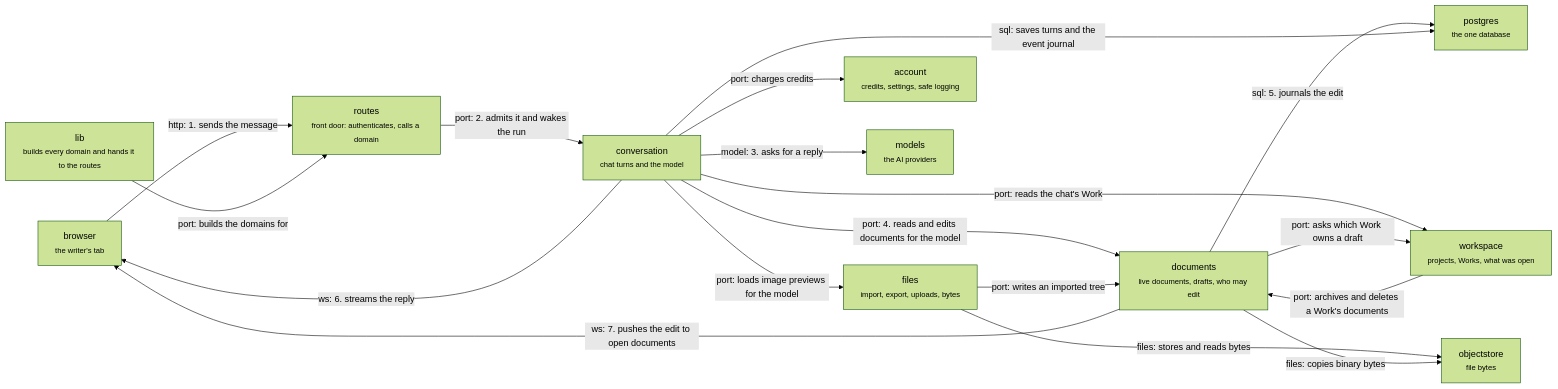
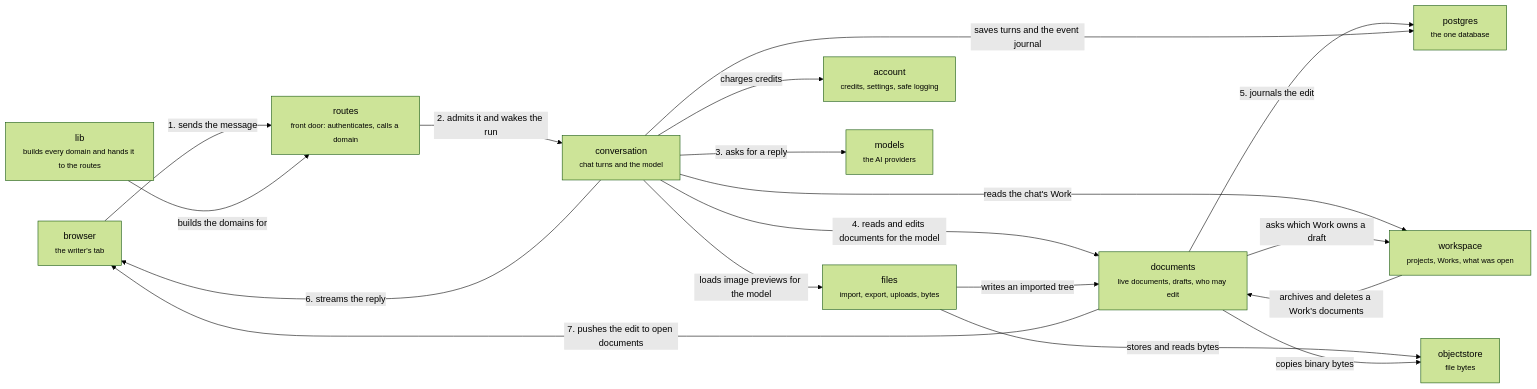
One commit to haowjy/meridian-flow changed the diagram in .context/system-architecture/server.md. Above: the diagram before and after it, drawn with Mermaid (forest theme). The commit also changed 13 other files, not shown here.

````diff
--- a/.context/system-architecture/server.md
+++ b/.context/system-architecture/server.md
@@ -12,31 +12,31 @@
 ```mermaid
 flowchart LR
   browser["browser<br/><small>the writer's tab</small>"]:::context
   routes["routes<br/><small>front door: authenticates, calls a domain</small>"]:::module
   lib["lib<br/><small>builds every domain and hands it to the routes</small>"]:::module
   conversation["conversation<br/><small>chat turns and the model</small>"]:::group
   documents["documents<br/><small>live documents, drafts, who may edit</small>"]:::group
   workspace["workspace<br/><small>projects, Works, what was open</small>"]:::group
   files["files<br/><small>import, export, uploads, bytes</small>"]:::group
   account["account<br/><small>credits, settings, safe logging</small>"]:::group
   models["models<br/><small>the AI providers</small>"]:::context
   postgres["postgres<br/><small>the one database</small>"]:::context
   objectstore["objectstore<br/><small>file bytes</small>"]:::context
-  browser -->|"http: 1. sends the message"| routes
-  routes -->|"port: 2. admits it and wakes the run"| conversation
-  conversation -->|"model: 3. asks for a reply"| models
-  conversation -->|"port: 4. reads and edits documents for the model"| documents
-  documents -->|"sql: 5. journals the edit"| postgres
-  conversation -->|"ws: 6. streams the reply"| browser
-  documents -->|"ws: 7. pushes the edit to open documents"| browser
-  lib -->|"port: builds the domains for"| routes
-  conversation -->|"sql: saves turns and the event journal"| postgres
-  conversation -->|"port: reads the chat's Work"| workspace
-  conversation -->|"port: charges credits"| account
-  conversation -->|"port: loads image previews for the model"| files
-  documents -->|"port: asks which Work owns a draft"| workspace
-  workspace -->|"port: archives and deletes a Work's documents"| documents
-  files -->|"port: writes an imported tree"| documents
-  files -->|"files: stores and reads bytes"| objectstore
-  documents -->|"files: copies binary bytes"| objectstore
+  browser -->|"1. sends the message"| routes
+  routes -->|"2. admits it and wakes the run"| conversation
+  conversation -->|"3. asks for a reply"| models
+  conversation -->|"4. reads and edits documents for the model"| documents
+  documents -->|"5. journals the edit"| postgres
+  conversation -->|"6. streams the reply"| browser
+  documents -->|"7. pushes the edit to open documents"| browser
+  lib -->|"builds the domains for"| routes
+  conversation -->|"saves turns and the event journal"| postgres
+  conversation -->|"reads the chat's Work"| workspace
+  conversation -->|"charges credits"| account
+  conversation -->|"loads image previews for the model"| files
+  documents -->|"asks which Work owns a draft"| workspace
+  workspace -->|"archives and deletes a Work's documents"| documents
+  files -->|"writes an imported tree"| documents
+  files -->|"stores and reads bytes"| objectstore
+  documents -->|"copies binary bytes"| objectstore
 ```
````
